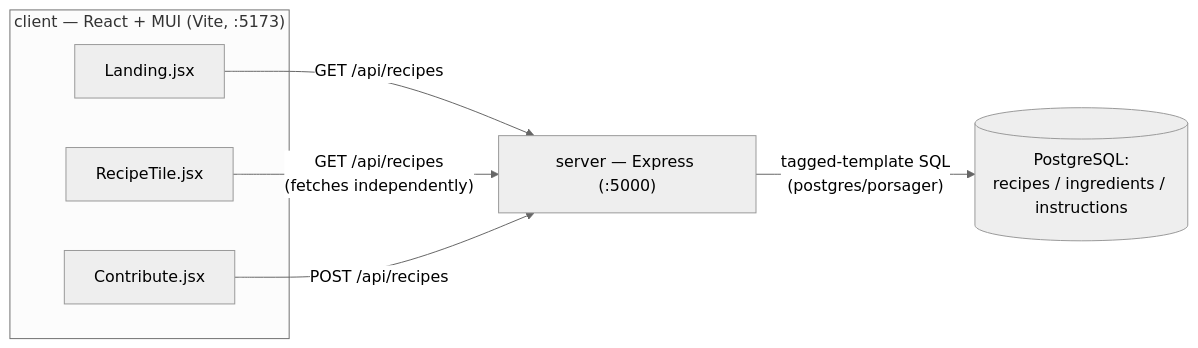
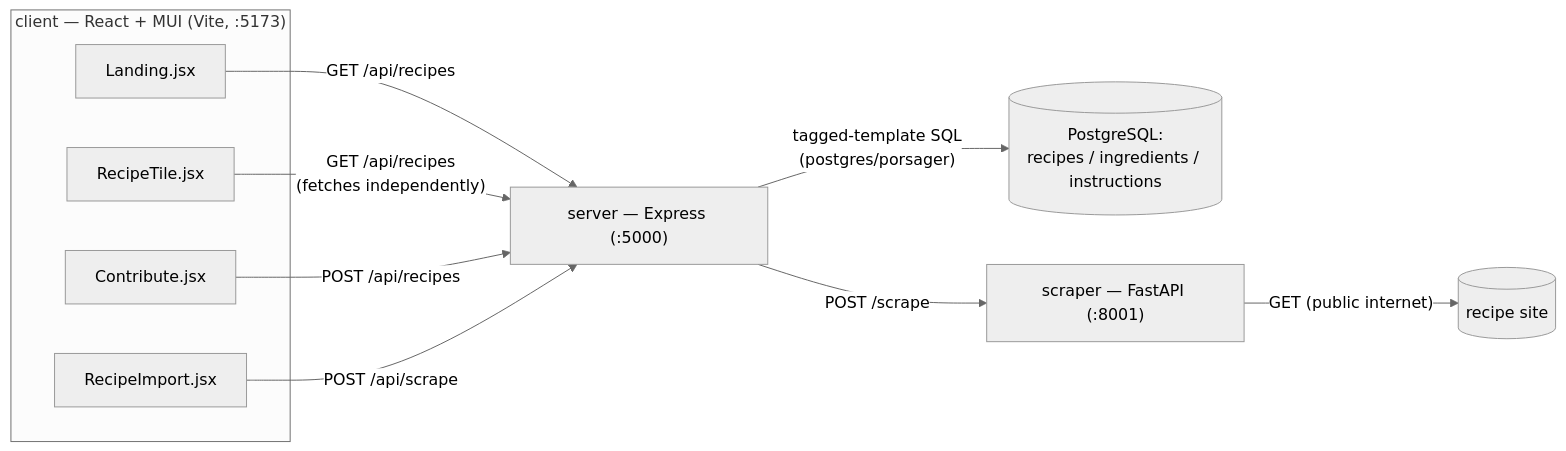
One commit to ethanberke/CloudCityCreations changed the diagram in docs/architecture.md. Above: the diagram before and after it, drawn with Mermaid (neutral theme). The commit also changed other lines of this file and 27 other files, not shown here.

````diff
--- a/docs/architecture.md
+++ b/docs/architecture.md
@@ -27,14 +30,18 @@
 ```mermaid
 flowchart LR
     subgraph Client["client — React + MUI (Vite, :5173)"]
         Landing[Landing.jsx]
         Tile[RecipeTile.jsx]
         Contribute[Contribute.jsx]
+        Import[RecipeImport.jsx]
     end
 
     Landing -- "GET /api/recipes" --> API["server — Express (:5000)"]
     Tile -- "GET /api/recipes\n(fetches independently)" --> API
     Contribute -- "POST /api/recipes" --> API
+    Import -- "POST /api/scrape" --> API
 
     API -- "tagged-template SQL\n(postgres/porsager)" --> DB[(PostgreSQL:\nrecipes / ingredients / instructions)]
+    API -- "POST /scrape" --> Scraper["scraper — FastAPI (:8001)"]
+    Scraper -- "GET (public internet)" --> Site[("recipe site")]
 ```
````
